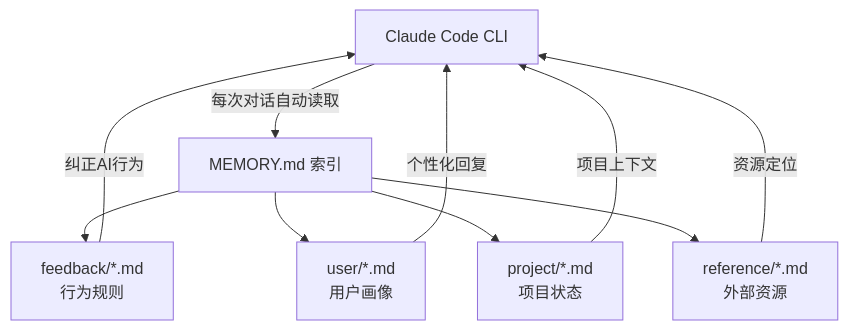
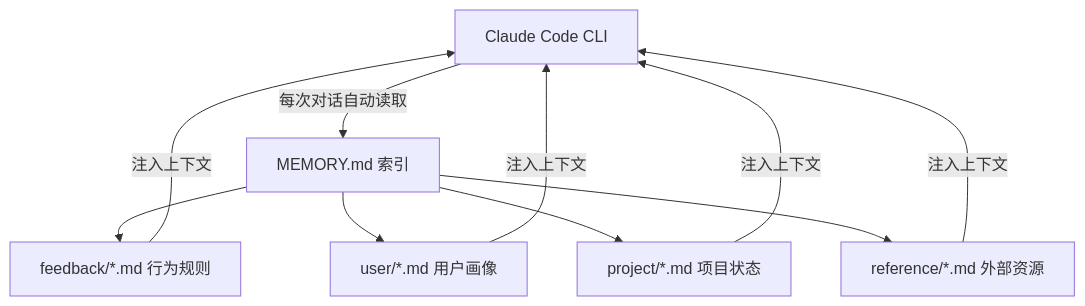
The first of 3 diagrams in README.md (destiny520537work-lab/claude-memory-guide), drawn with Mermaid before and after one commit. The commit also changed other lines of this file, not shown here.

````diff
--- a/README.md
+++ b/README.md
@@ -80,13 +72,9 @@
 ```mermaid
 graph TD
     A[Claude Code CLI] -->|每次对话自动读取| B[MEMORY.md 索引]
-    B --> C[feedback/*.md<br/>行为规则]
-    B --> D[user/*.md<br/>用户画像]
-    B --> E[project/*.md<br/>项目状态]
-    B --> F[reference/*.md<br/>外部资源]
-
-    C -->|纠正AI行为| A
-    D -->|个性化回复| A
-    E -->|项目上下文| A
-    F -->|资源定位| A
+    B --> C[feedback/*.md 行为规则]
+    B --> D[user/*.md 用户画像]
+    B --> E[project/*.md 项目状态]
+    B --> F[reference/*.md 外部资源]
+    C & D & E & F -->|注入上下文| A
 ```
````
